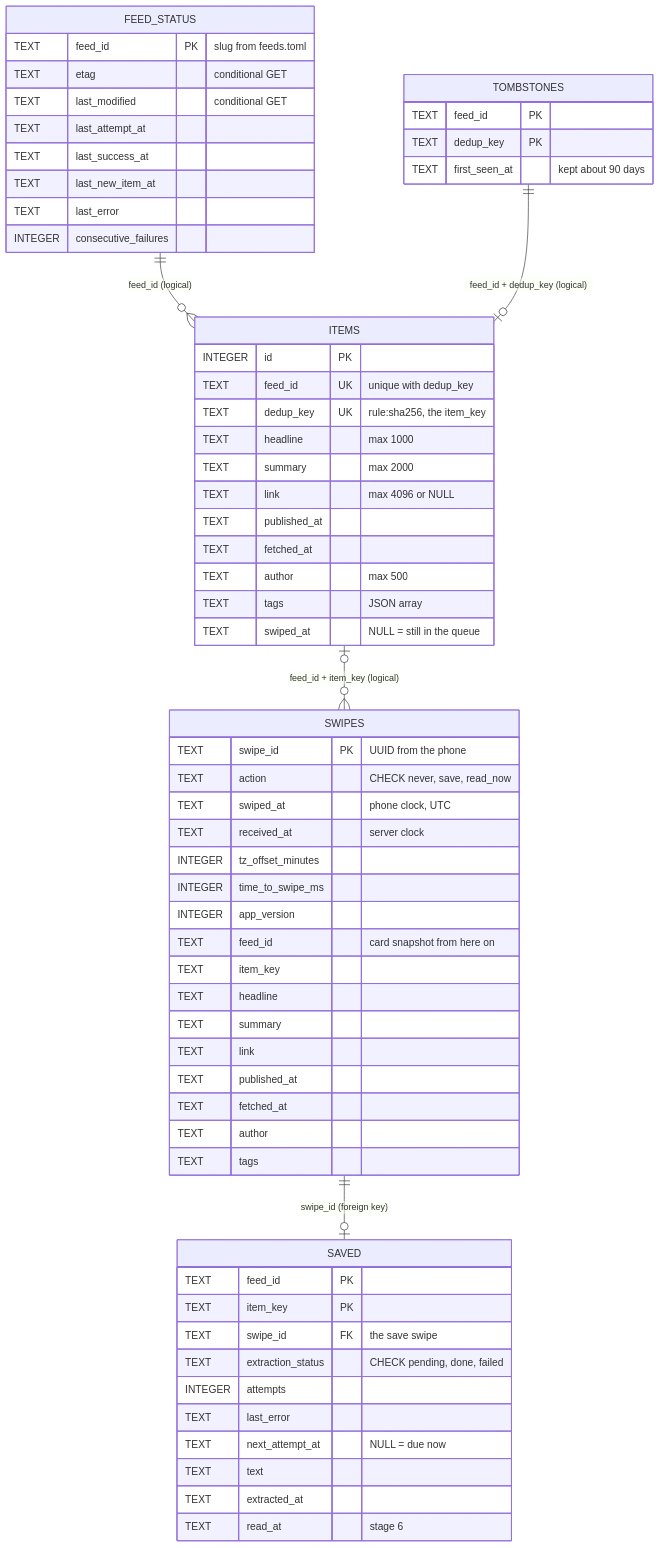
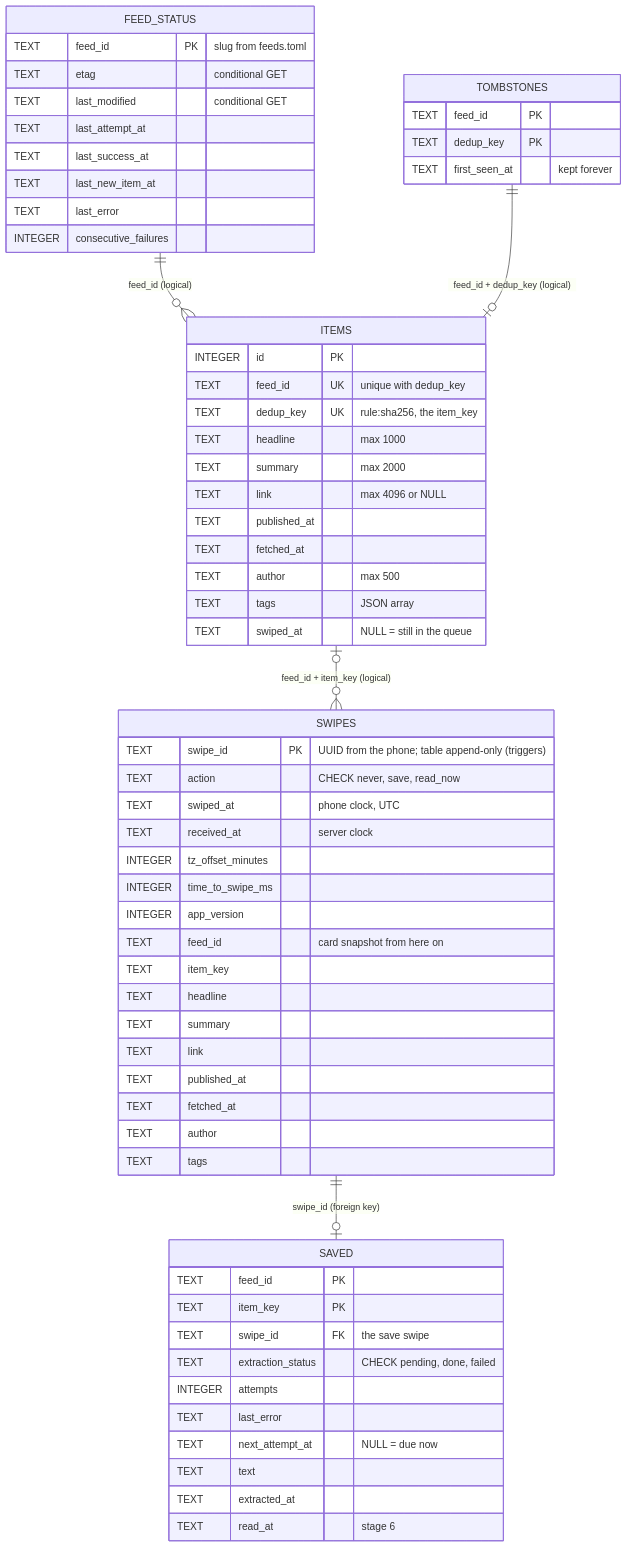
The third of 18 diagrams in docs/architecture.md (shanirub/swipe-rss-reader), drawn with Mermaid before and after one commit. The commit also changed other lines of this file and 13 other files, not shown here.

````diff
--- a/docs/architecture.md
+++ b/docs/architecture.md
@@ -95,66 +97,66 @@
 ```mermaid
 erDiagram
     FEED_STATUS ||--o{ ITEMS : "feed_id (logical)"
     TOMBSTONES ||--o| ITEMS : "feed_id + dedup_key (logical)"
     ITEMS |o--o{ SWIPES : "feed_id + item_key (logical)"
     SWIPES ||--o| SAVED : "swipe_id (foreign key)"
 
     FEED_STATUS {
         TEXT feed_id PK "slug from feeds.toml"
         TEXT etag "conditional GET"
         TEXT last_modified "conditional GET"
         TEXT last_attempt_at
         TEXT last_success_at
         TEXT last_new_item_at
         TEXT last_error
         INTEGER consecutive_failures
     }
     ITEMS {
         INTEGER id PK
         TEXT feed_id UK "unique with dedup_key"
         TEXT dedup_key UK "rule:sha256, the item_key"
         TEXT headline "max 1000"
         TEXT summary "max 2000"
         TEXT link "max 4096 or NULL"
         TEXT published_at
         TEXT fetched_at
         TEXT author "max 500"
         TEXT tags "JSON array"
         TEXT swiped_at "NULL = still in the queue"
     }
     TOMBSTONES {
         TEXT feed_id PK
         TEXT dedup_key PK
-        TEXT first_seen_at "kept about 90 days"
+        TEXT first_seen_at "kept forever"
     }
     SWIPES {
-        TEXT swipe_id PK "UUID from the phone"
+        TEXT swipe_id PK "UUID from the phone; table append-only (triggers)"
         TEXT action "CHECK never, save, read_now"
         TEXT swiped_at "phone clock, UTC"
         TEXT received_at "server clock"
         INTEGER tz_offset_minutes
         INTEGER time_to_swipe_ms
         INTEGER app_version
         TEXT feed_id "card snapshot from here on"
         TEXT item_key
         TEXT headline
         TEXT summary
         TEXT link
         TEXT published_at
         TEXT fetched_at
         TEXT author
         TEXT tags
     }
     SAVED {
         TEXT feed_id PK
         TEXT item_key PK
         TEXT swipe_id FK "the save swipe"
         TEXT extraction_status "CHECK pending, done, failed"
         INTEGER attempts
         TEXT last_error
         TEXT next_attempt_at "NULL = due now"
         TEXT text
         TEXT extracted_at
         TEXT read_at "stage 6"
     }
 ```
````
